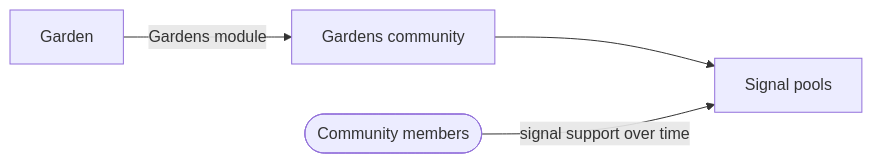
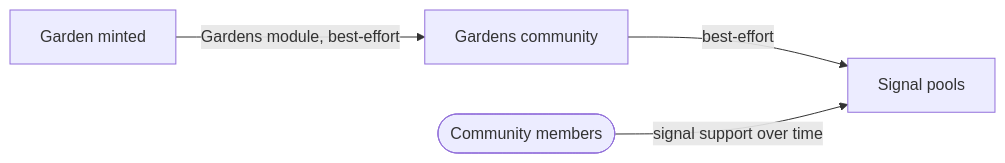
The diagram in docs/docs/builders/integrations/gardens.mdx (greenpill-dev-guild/green-goods), drawn with Mermaid before and after one commit. The commit also changed other lines of this file and 15 other files, not shown here.

First line of the commit message:
docs(builders): count schema registrations for EAS, state vault custody, and mark three setups best-effort

````diff
--- a/docs/docs/builders/integrations/gardens.mdx
+++ b/docs/docs/builders/integrations/gardens.mdx
@@ -34,6 +47,6 @@
 ```mermaid
 flowchart LR
-  garden["Garden"] -->|Gardens module| community["Gardens community"]
-  community --> pools["Signal pools"]
+  garden["Garden minted"] -->|Gardens module, best-effort| community["Gardens community"]
+  community -->|best-effort| pools["Signal pools"]
   members([Community members]) -->|signal support over time| pools
 ```
````
